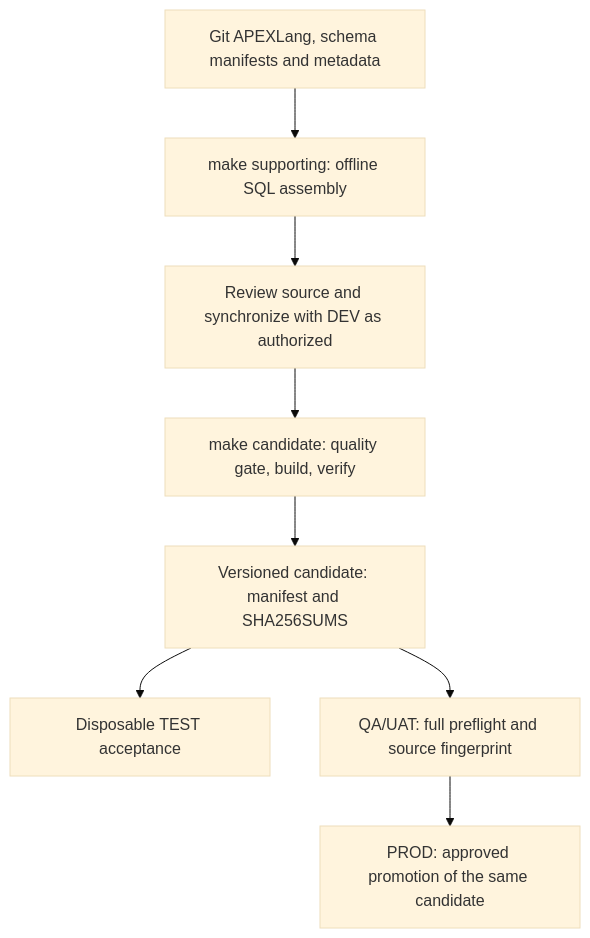
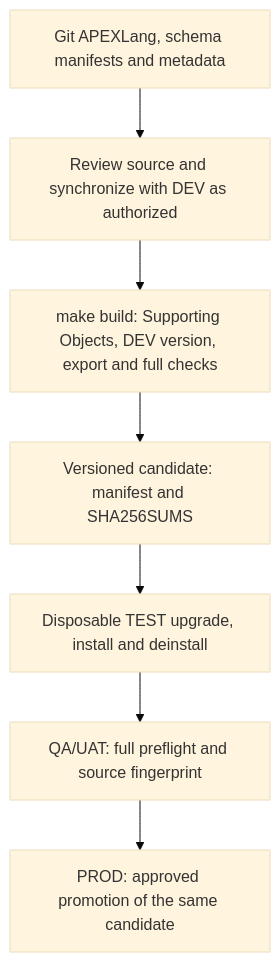
One commit to jariolaine/apex-blog changed the diagram in automation/docs/ARCHITECTURE.md. Above: the diagram before and after it, drawn with Mermaid (base theme). The commit also changed other lines of this file and 26 other files, not shown here.

````diff
--- a/automation/docs/ARCHITECTURE.md
+++ b/automation/docs/ARCHITECTURE.md
@@ -37,10 +37,9 @@
 ```mermaid
 graph TD
-    Git[Git APEXLang, schema manifests and metadata] --> Supporting[make supporting: offline SQL assembly]
-    Supporting --> Sync[Review source and synchronize with DEV as authorized]
-    Sync --> Build[make candidate: quality gate, build, verify]
+    Git[Git APEXLang, schema manifests and metadata] --> Sync[Review source and synchronize with DEV as authorized]
+    Sync --> Build[make build: Supporting Objects, DEV version, export and full checks]
     Build --> Candidate[Versioned candidate: manifest and SHA256SUMS]
-    Candidate --> TEST[Disposable TEST acceptance]
-    Candidate --> QA[QA/UAT: full preflight and source fingerprint]
+    Candidate --> TEST[Disposable TEST upgrade, install and deinstall]
+    TEST --> QA[QA/UAT: full preflight and source fingerprint]
     QA --> PROD[PROD: approved promotion of the same candidate]
 ```
````
